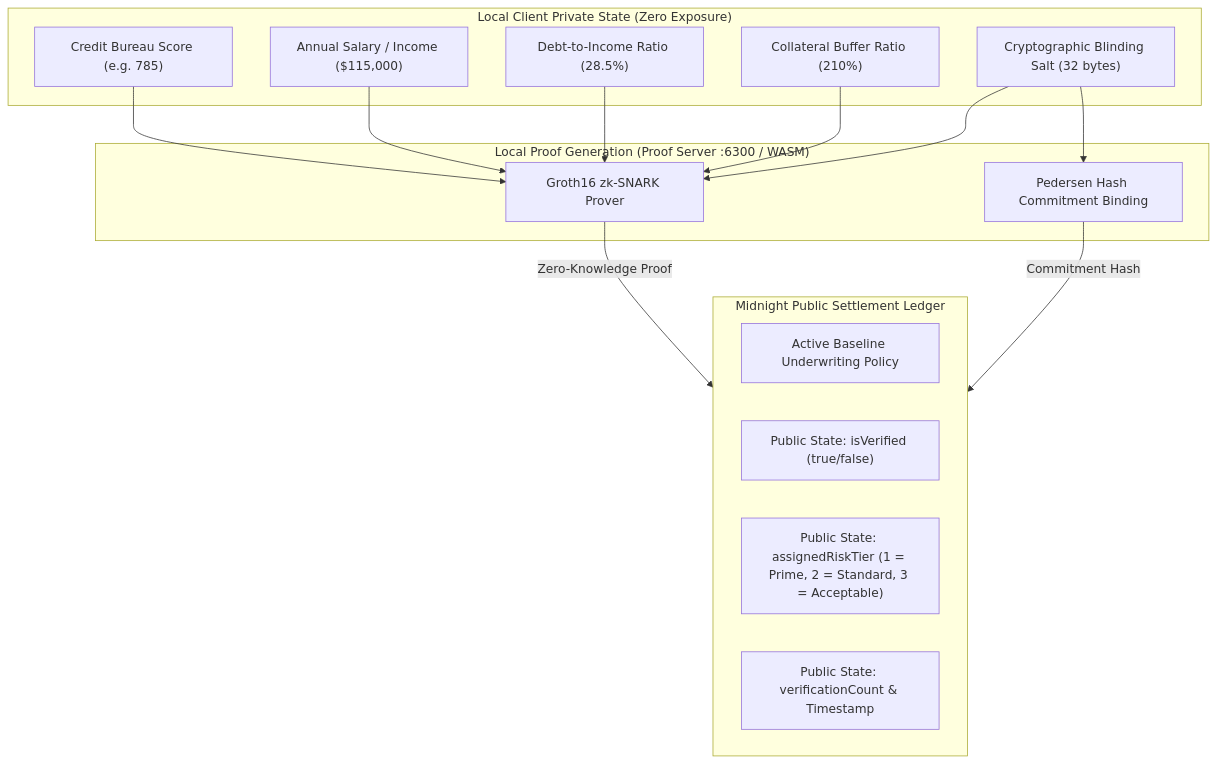
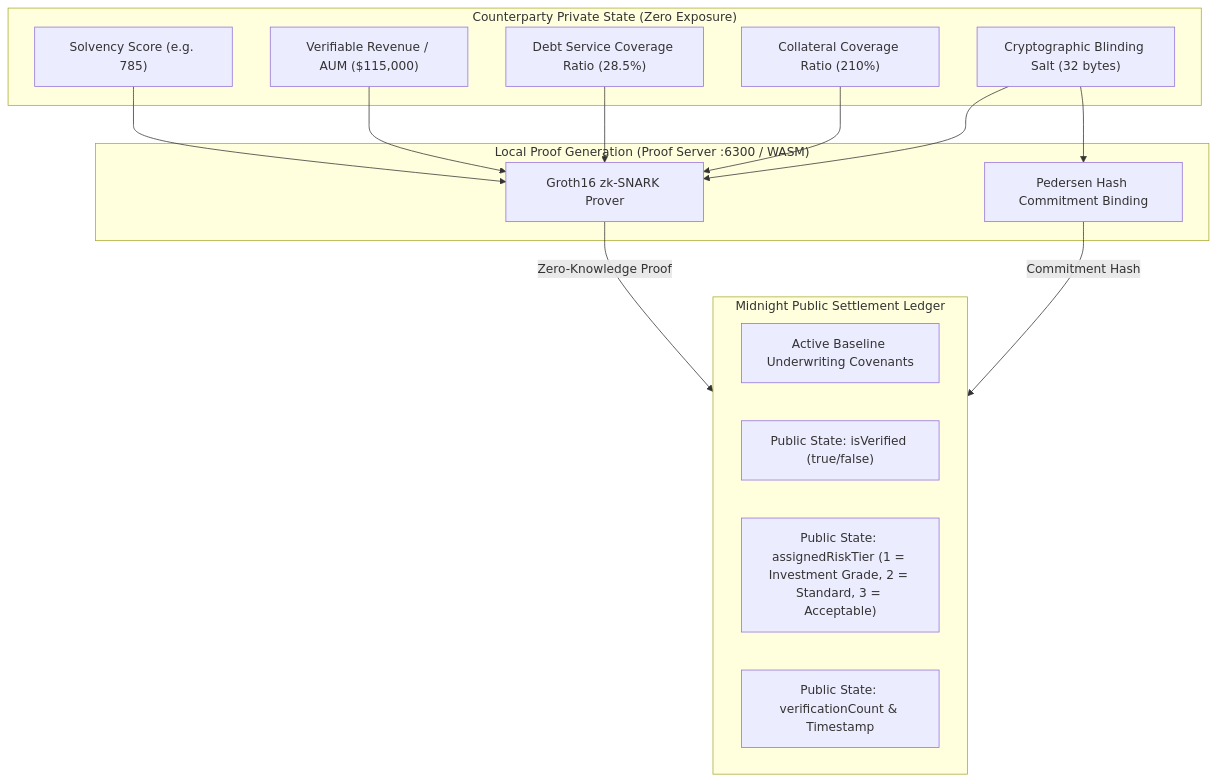
The diagram in PROPOSAL.md (brindaban55/ShieldScore), drawn with Mermaid before and after one commit. The commit also changed other lines of this file and 5 other files, not shown here.

````diff
--- a/PROPOSAL.md
+++ b/PROPOSAL.md
@@ -35,27 +35,27 @@
 ```mermaid
 graph TD
-    subgraph ClientPrivateState["Local Client Private State (Zero Exposure)"]
-        A["Credit Bureau Score (e.g. 785)"]
-        B["Annual Salary / Income ($115,000)"]
-        C["Debt-to-Income Ratio (28.5%)"]
-        D["Collateral Buffer Ratio (210%)"]
+    subgraph ClientPrivateState["Counterparty Private State (Zero Exposure)"]
+        A["Solvency Score (e.g. 785)"]
+        B["Verifiable Revenue / AUM ($115,000)"]
+        C["Debt Service Coverage Ratio (28.5%)"]
+        D["Collateral Coverage Ratio (210%)"]
         E["Cryptographic Blinding Salt (32 bytes)"]
     end
 
     subgraph ProofGeneration["Local Proof Generation (Proof Server :6300 / WASM)"]
         F["Groth16 zk-SNARK Prover"]
         G["Pedersen Hash Commitment Binding"]
     end
 
     subgraph MidnightLedger["Midnight Public Settlement Ledger"]
-        H["Active Baseline Underwriting Policy"]
+        H["Active Baseline Underwriting Covenants"]
         I["Public State: isVerified (true/false)"]
-        J["Public State: assignedRiskTier (1 = Prime, 2 = Standard, 3 = Acceptable)"]
+        J["Public State: assignedRiskTier (1 = Investment Grade, 2 = Standard, 3 = Acceptable)"]
         K["Public State: verificationCount & Timestamp"]
     end
 
     A & B & C & D & E --> F
     E --> G
     F -->|Zero-Knowledge Proof| MidnightLedger
     G -->|Commitment Hash| MidnightLedger
 ```
````
